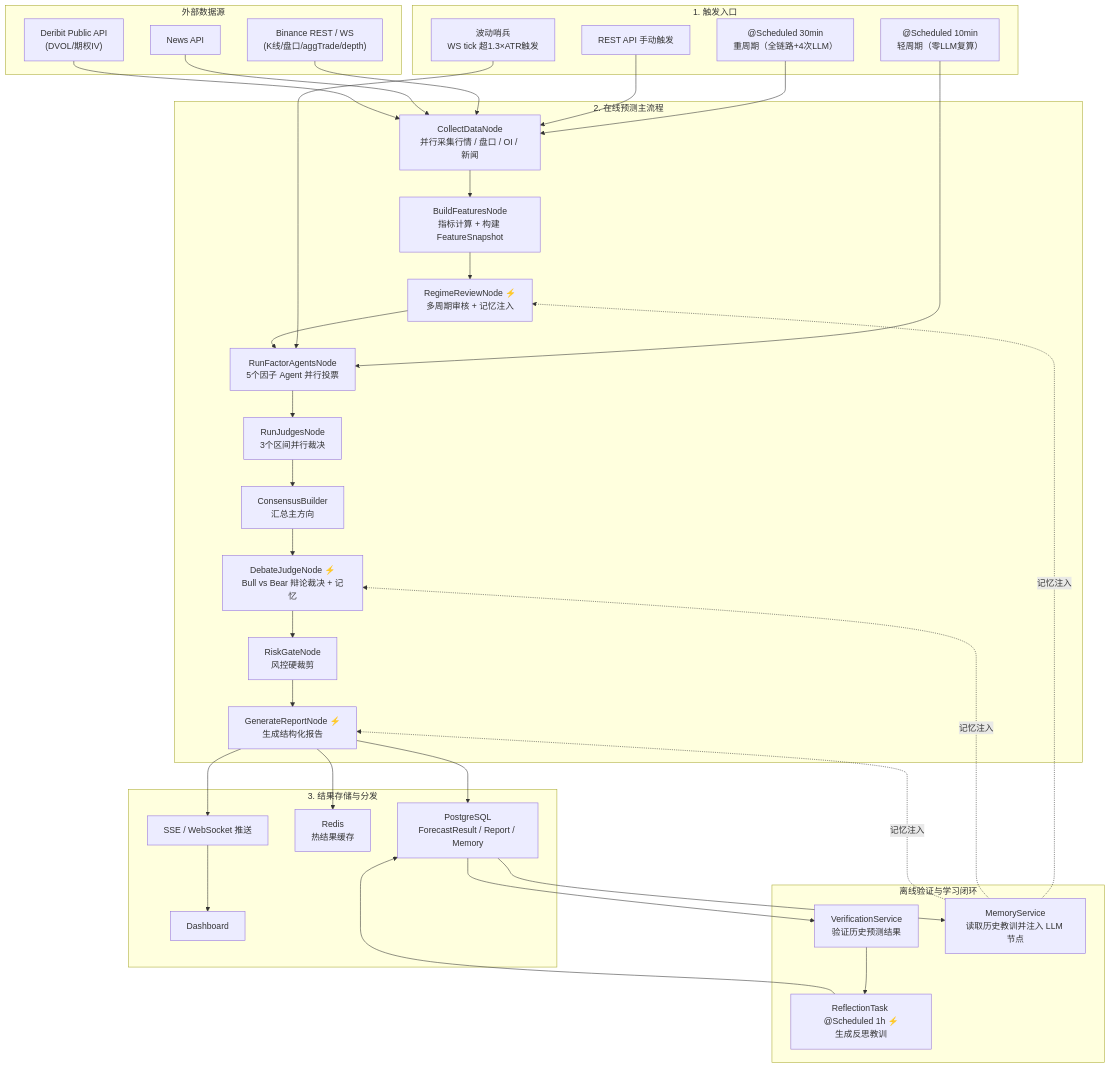
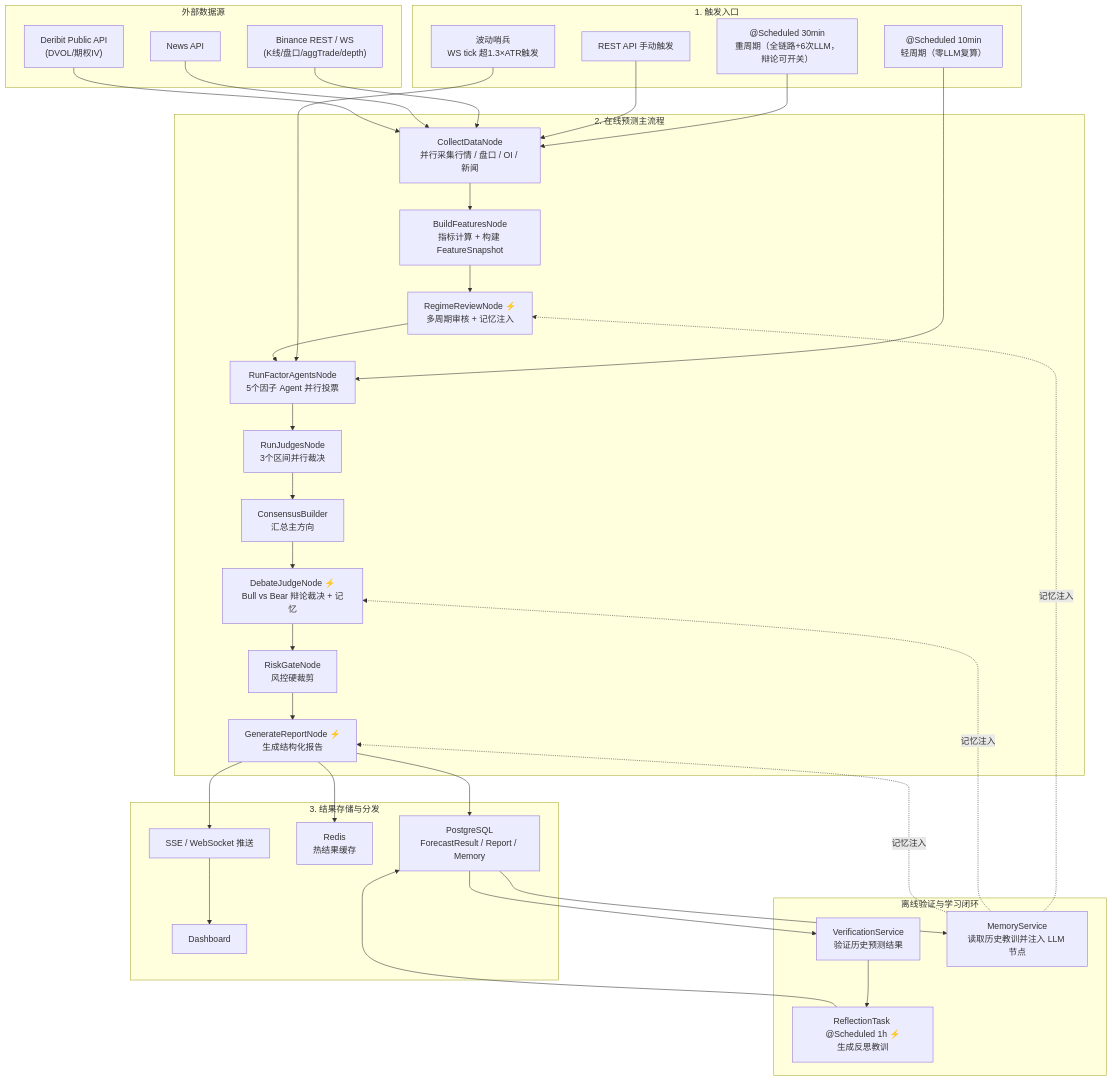
Before and after one commit to mamawai/wtfibought: the first of 7 diagrams in docs/Quantitative analysis.md, drawn with Mermaid. The commit also changed other lines of this file and 1 other file, not shown here.

````diff
--- a/docs/Quantitative analysis.md
+++ b/docs/Quantitative analysis.md
@@ -134,61 +134,61 @@
 ```mermaid
 flowchart TB
     subgraph ENTRY["1. 触发入口"]
-        E1["@Scheduled 30min<br/>重周期（全链路+4次LLM）"]
+        E1["@Scheduled 30min<br/>重周期（全链路+6次LLM，辩论可开关）"]
         E1b["@Scheduled 10min<br/>轻周期（零LLM复算）"]
         E1c["波动哨兵<br/>WS tick 超1.3×ATR触发"]
         E2["REST API 手动触发"]
     end
 
     subgraph FLOW["2. 在线预测主流程"]
         F1["CollectDataNode<br/>并行采集行情 / 盘口 / OI / 新闻"]
         F2["BuildFeaturesNode<br/>指标计算 + 构建 FeatureSnapshot"]
         F3["RegimeReviewNode ⚡<br/>多周期审核 + 记忆注入"]
         F4["RunFactorAgentsNode<br/>5个因子 Agent 并行投票"]
         F5["RunJudgesNode<br/>3个区间并行裁决"]
         F6["ConsensusBuilder<br/>汇总主方向"]
         F7["DebateJudgeNode ⚡<br/>Bull vs Bear 辩论裁决 + 记忆"]
         F8["RiskGateNode<br/>风控硬裁剪"]
         F9["GenerateReportNode ⚡<br/>生成结构化报告"]
     end
 
     subgraph DELIVERY["3. 结果存储与分发"]
         D1["PostgreSQL<br/>ForecastResult / Report / Memory"]
         D2["Redis<br/>热结果缓存"]
         D3["SSE / WebSocket 推送"]
         D4["Dashboard"]
     end
 
     subgraph SOURCE["外部数据源"]
         S1["Binance REST / WS<br/>(K线/盘口/aggTrade/depth)"]
         S2["News API"]
         S3["Deribit Public API<br/>(DVOL/期权IV)"]
     end
 
     subgraph FEEDBACK["离线验证与学习闭环"]
         V1["VerificationService<br/>验证历史预测结果"]
         V2["ReflectionTask @Scheduled 1h ⚡<br/>生成反思教训"]
         V3["MemoryService<br/>读取历史教训并注入 LLM 节点"]
     end
 
     E1 --> F1
     E1b --> F4
     E1c --> F4
     E2 --> F1
 
     S1 --> F1
     S2 --> F1
     S3 --> F1
 
     F1 --> F2 --> F3 --> F4 --> F5 --> F6 --> F7 --> F8 --> F9
 
     F9 --> D1
     F9 --> D2
     F9 --> D3 --> D4
 
     D1 --> V1 --> V2 --> D1
     D1 --> V3
     V3 -.记忆注入.-> F3
     V3 -.记忆注入.-> F7
     V3 -.记忆注入.-> F9
 ```
````
